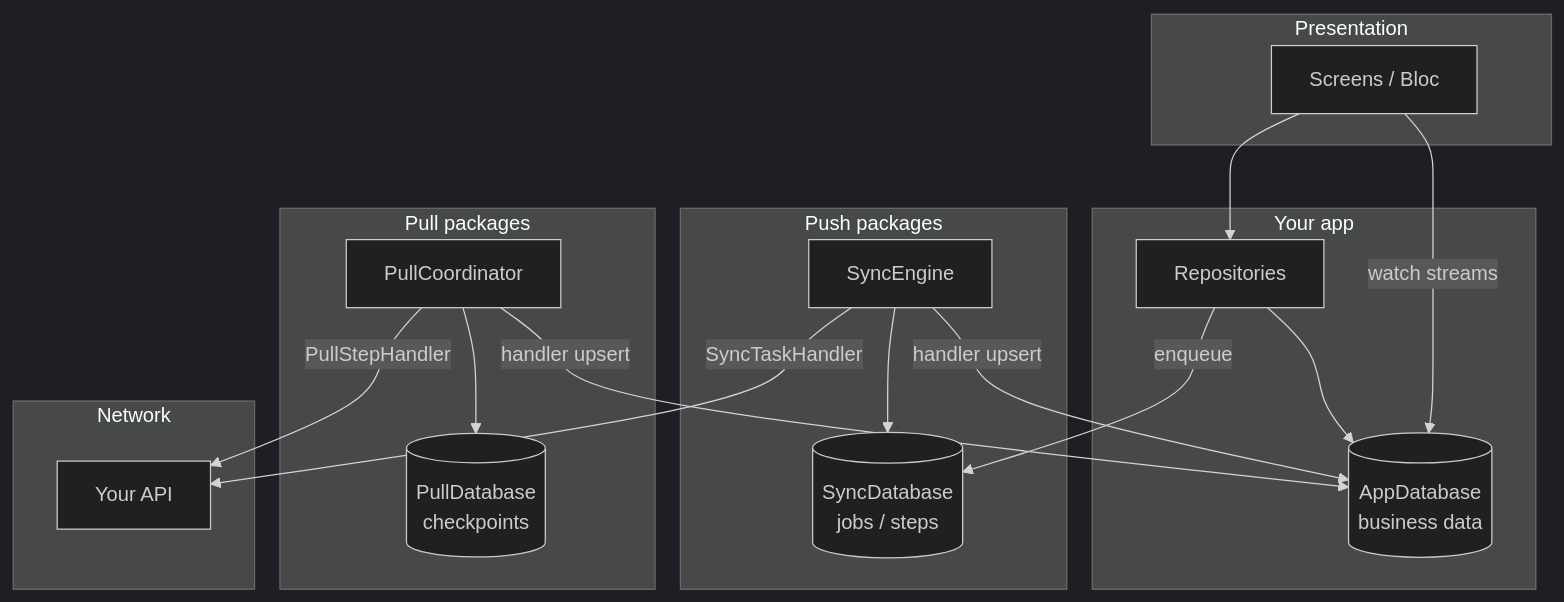
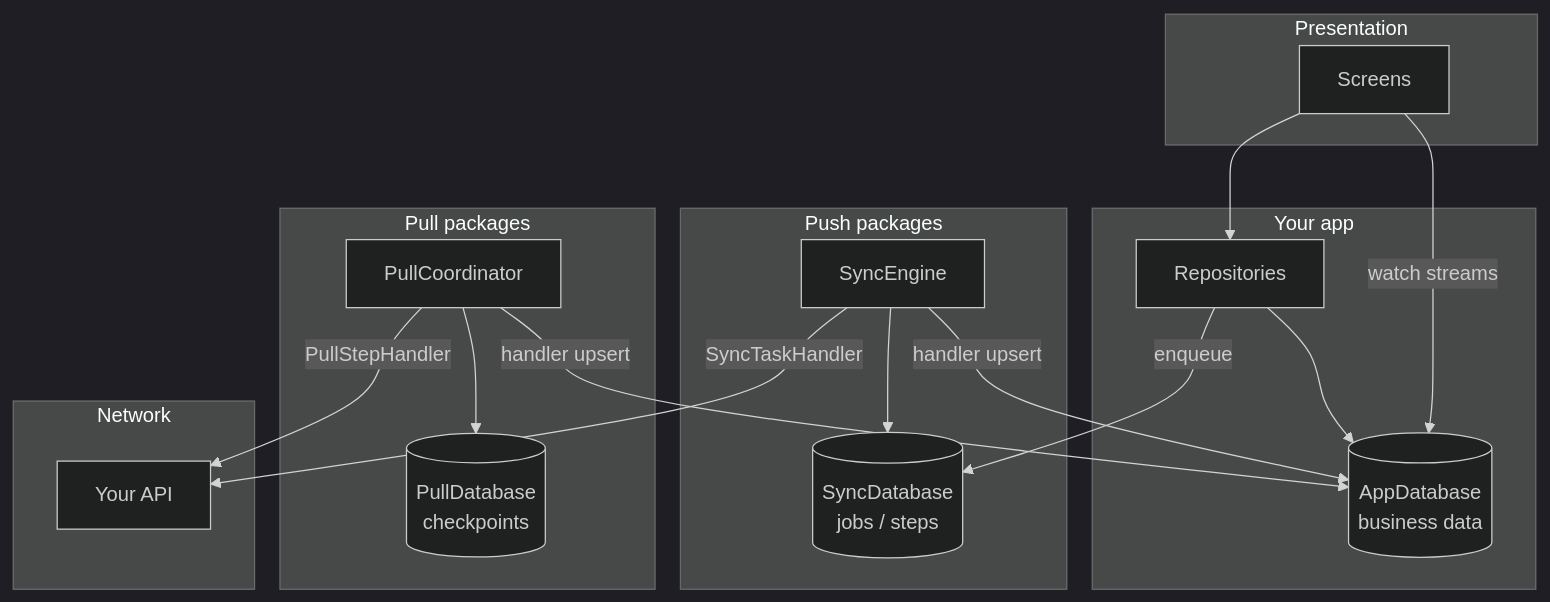
The diagram in docs/guide/architecture.md (LidhinCS/flutter_offline_sync), drawn with Mermaid (dark theme) before and after one commit. The commit also changed other lines of this file and 18 other files, not shown here.

````diff
--- a/docs/guide/architecture.md
+++ b/docs/guide/architecture.md
@@ -5,38 +7,38 @@
 ```mermaid
 flowchart TB
   subgraph presentation [Presentation]
-    UI[Screens / Bloc]
+    UI[Screens]
   end
 
   subgraph app_data [Your app]
     AppDB[(AppDatabase\nbusiness data)]
     Repo[Repositories]
   end
 
   subgraph push [Push packages]
     Engine[SyncEngine]
     SyncDB[(SyncDatabase\njobs / steps)]
   end
 
   subgraph pull [Pull packages]
     Coordinator[PullCoordinator]
     PullDB[(PullDatabase\ncheckpoints)]
   end
 
   subgraph network [Network]
     API[Your API]
   end
 
   UI --> Repo
   Repo --> AppDB
   Repo -->|enqueue| SyncDB
   Engine --> SyncDB
   Engine -->|SyncTaskHandler| API
   Engine -->|handler upsert| AppDB
 
   Coordinator --> PullDB
   Coordinator -->|PullStepHandler| API
   Coordinator -->|handler upsert| AppDB
 
   UI -->|watch streams| AppDB
 ```
````
